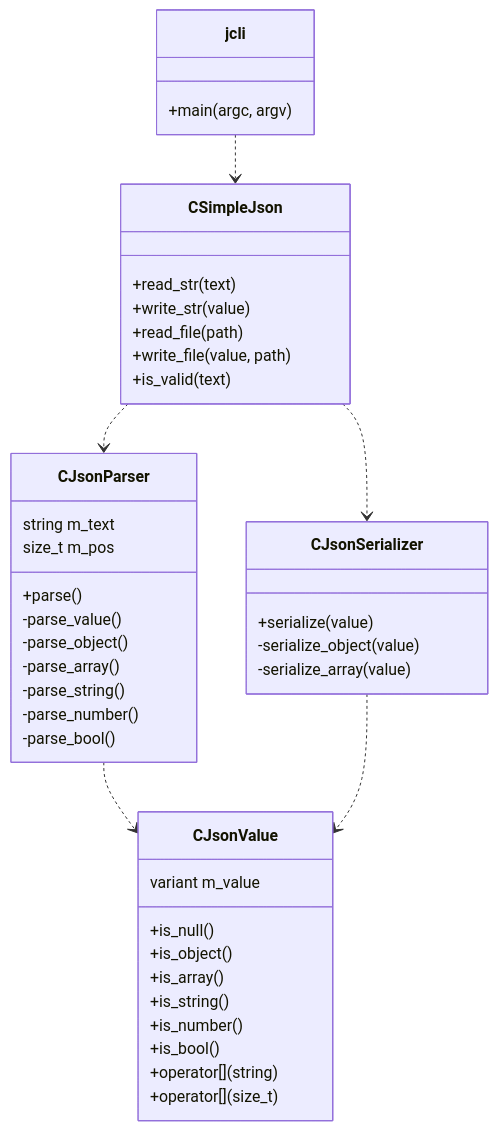
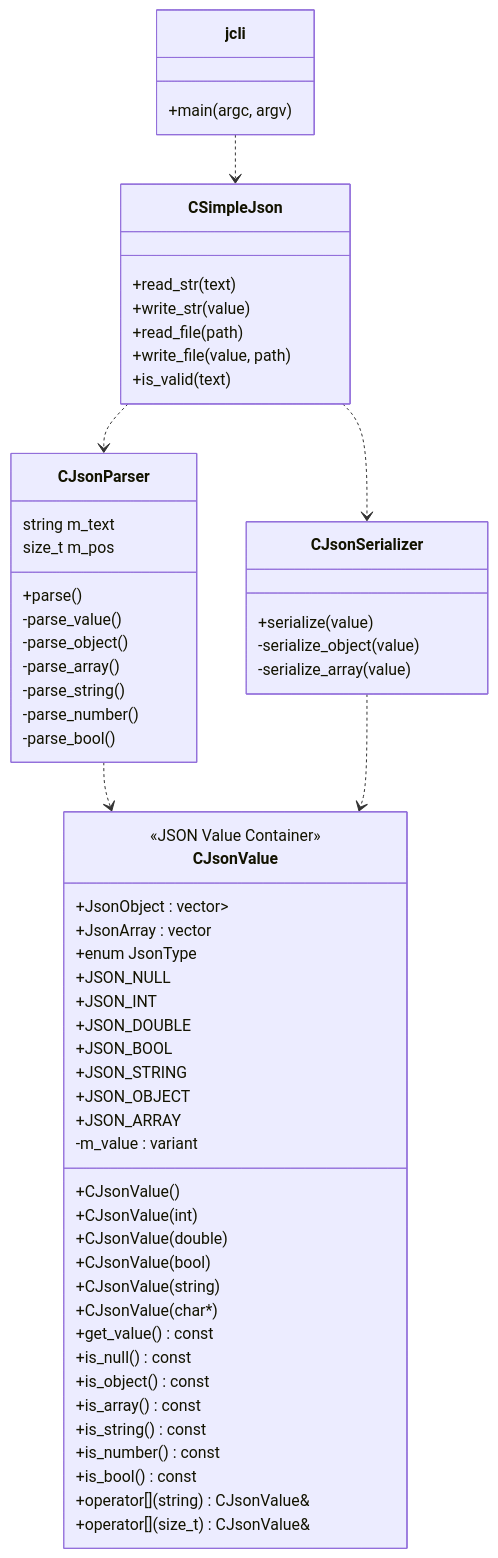
The diagram in README.md (ma7moud111/json_parser_cpp_library), drawn with Mermaid before and after one commit.

````diff
--- a/README.md
+++ b/README.md
@@ -363,51 +363,76 @@
 ```mermaid
 classDiagram
 
 class CJsonValue {
-  variant m_value
-  +is_null()
-  +is_object()
-  +is_array()
-  +is_string()
-  +is_number()
-  +is_bool()
-  +operator[](string)
-  +operator[](size_t)
+
+  <<JSON Value Container>>
+
+  +JsonObject : vector<pair<string, CJsonValue>>
+  +JsonArray  : vector<CJsonValue>
+
+  +enum JsonType
+  +JSON_NULL
+  +JSON_INT
+  +JSON_DOUBLE
+  +JSON_BOOL
+  +JSON_STRING
+  +JSON_OBJECT
+  +JSON_ARRAY
+
+  -m_value : variant<nullptr_t,int,double,bool,string,JsonObject,JsonArray>
+
+  +CJsonValue()
+  +CJsonValue(int)
+  +CJsonValue(double)
+  +CJsonValue(bool)
+  +CJsonValue(string)
+  +CJsonValue(char*)
+
+  +get_value() const
+  +is_null() const
+  +is_object() const
+  +is_array() const
+  +is_string() const
+  +is_number() const
+  +is_bool() const
+
+  +operator[](string) CJsonValue&
+  +operator[](size_t) CJsonValue&
 }
 
 class CJsonParser {
   string m_text
   size_t m_pos
   +parse()
   -parse_value()
   -parse_object()
   -parse_array()
   -parse_string()
   -parse_number()
   -parse_bool()
 }
 
 class CJsonSerializer {
   +serialize(value)
   -serialize_object(value)
   -serialize_array(value)
 }
 
 class CSimpleJson {
   +read_str(text)
   +write_str(value)
   +read_file(path)
   +write_file(value, path)
   +is_valid(text)
 }
 
 class jcli {
   +main(argc, argv)
 }
 
 CSimpleJson ..> CJsonParser
 CSimpleJson ..> CJsonSerializer
 CJsonParser ..> CJsonValue
 CJsonSerializer ..> CJsonValue
 jcli ..> CSimpleJson
 ```
````
